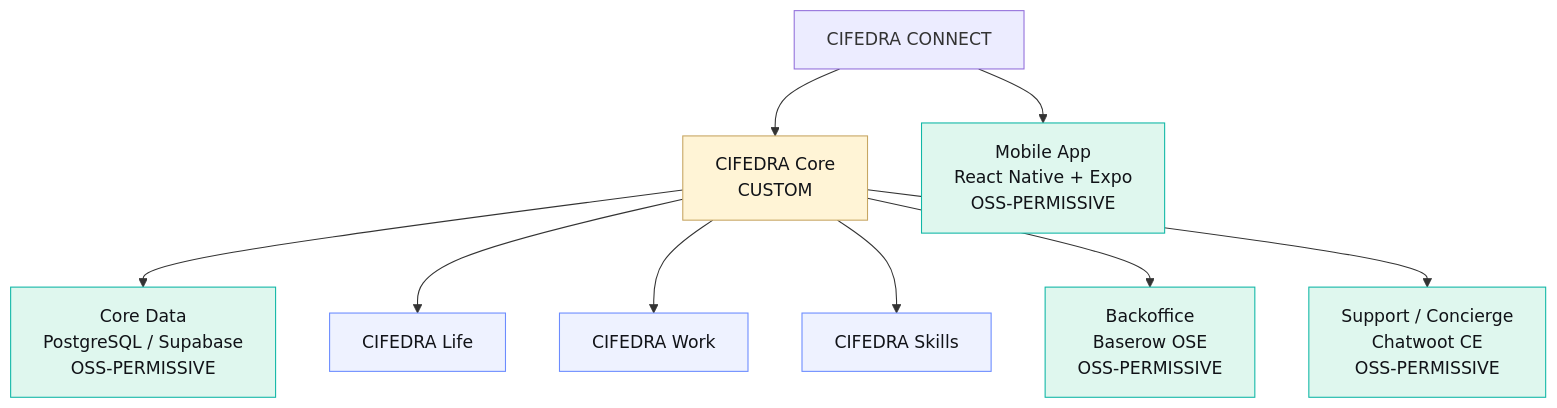
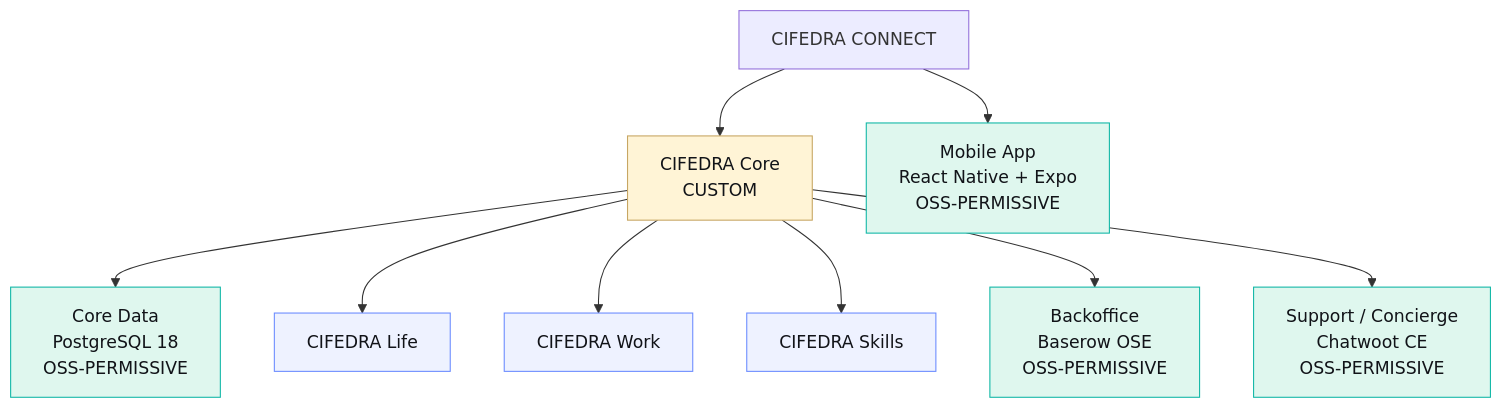
The first of 6 diagrams in knowledge/platforms/cifedra-connect-direction-solution-map.md (DIGITALATOM1/CIFEDRA), drawn with Mermaid before and after one commit. The commit also changed other lines of this file and 10 other files, not shown here.

Commit message:
Approve data and service architecture

````diff
--- a/knowledge/platforms/cifedra-connect-direction-solution-map.md
+++ b/knowledge/platforms/cifedra-connect-direction-solution-map.md
@@ -27,26 +27,26 @@
 ```mermaid
 flowchart TB
   C["CIFEDRA CONNECT"]
   CORE["CIFEDRA Core<br/>CUSTOM"]
   MOBILE["Mobile App<br/>React Native + Expo<br/>OSS-PERMISSIVE"]
-  DATA["Core Data<br/>PostgreSQL / Supabase<br/>OSS-PERMISSIVE"]
+  DATA["Core Data<br/>PostgreSQL 18<br/>OSS-PERMISSIVE"]
   OPS["Backoffice<br/>Baserow OSE<br/>OSS-PERMISSIVE"]
   SUPPORT["Support / Concierge<br/>Chatwoot CE<br/>OSS-PERMISSIVE"]
 
   C --> MOBILE
   C --> CORE
   CORE --> DATA
   CORE --> LIFE["CIFEDRA Life"]
   CORE --> WORK["CIFEDRA Work"]
   CORE --> SKILLS["CIFEDRA Skills"]
   CORE --> OPS
   CORE --> SUPPORT
 
   classDef custom fill:#fff4d6,stroke:#c7a663,color:#111318
   classDef permissive fill:#dff7ee,stroke:#10b7a6,color:#111318
   classDef direction fill:#eef2ff,stroke:#6c8cff,color:#111318
 
   class CORE custom
   class MOBILE,DATA,OPS,SUPPORT permissive
   class LIFE,WORK,SKILLS direction
 ```
````
